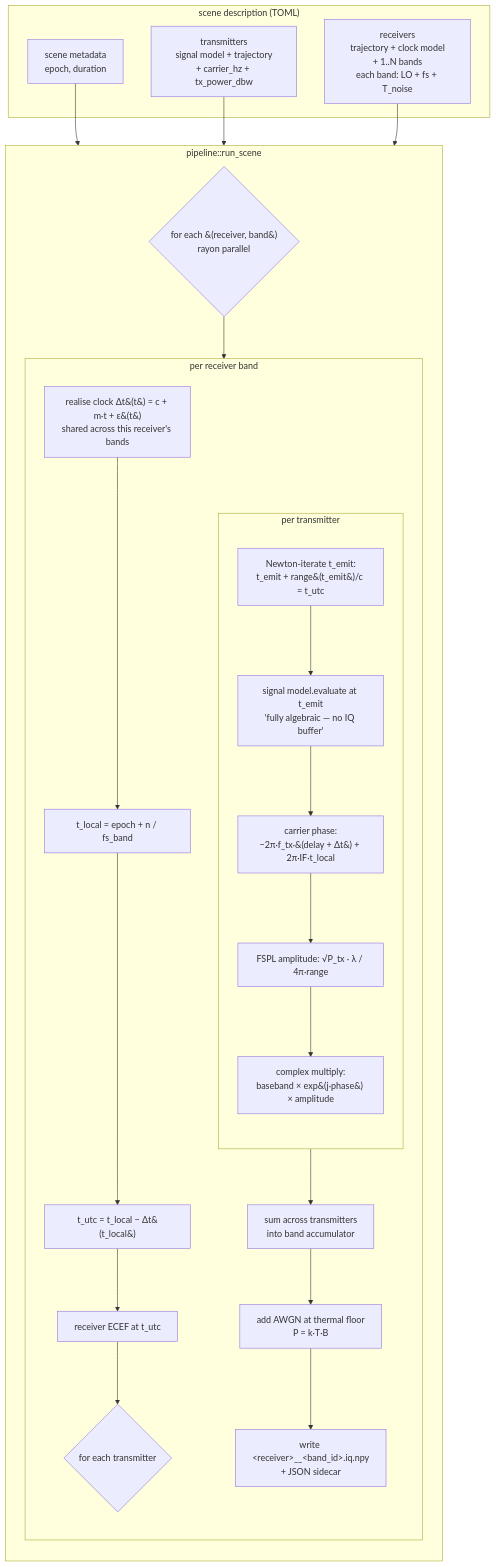
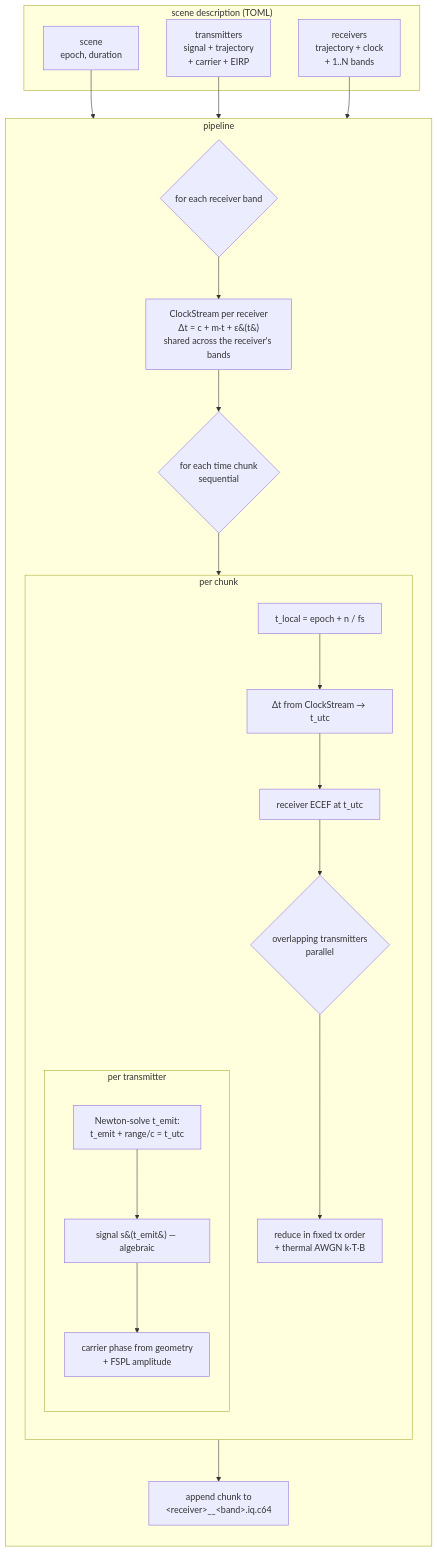
The diagram in README.md (mike7c2/lipika), drawn with Mermaid before and after one commit. The commit also changed other lines of this file and 28 other files, not shown here.

First line of the commit message:
Config-driven scene work: band gating, NAV, streaming, GPS fix; rename to lipika

````diff
--- a/README.md
+++ b/README.md
@@ -17,44 +293,41 @@
 ```mermaid
 flowchart TD
     subgraph CFG ["scene description (TOML)"]
-        SC[scene metadata<br/>epoch, duration]
-        TX[transmitters<br/>signal model + trajectory<br/>+ carrier_hz + tx_power_dbw]
-        RX[receivers<br/>trajectory + clock model<br/>+ 1..N bands<br/>each band: LO + fs + T_noise]
+        SC[scene<br/>epoch, duration]
+        TX[transmitters<br/>signal + trajectory<br/>+ carrier + EIRP]
+        RX[receivers<br/>trajectory + clock<br/>+ 1..N bands]
     end
 
     SC --> RUN
     TX --> RUN
     RX --> RUN
 
-    subgraph RUN [pipeline::run_scene]
+    subgraph RUN [pipeline]
         direction TB
-        FORK{for each &#40;receiver, band&#41;<br/>rayon parallel}
-        FORK --> BAND_LOOP
+        BAND{for each receiver band}
+        BAND --> CLK[ClockStream per receiver<br/>Δt = c + m·t + ε&#40;t&#41;<br/>shared across the receiver's bands]
+        CLK --> CHUNK{for each time chunk<br/>sequential}
 
-        subgraph BAND_LOOP [per receiver band]
+        subgraph CHUNKWORK [per chunk]
             direction TB
-            T0[realise clock Δt&#40;t&#41; = c + m·t + ε&#40;t&#41;<br/>shared across this receiver's bands]
-            T1[t_local = epoch + n / fs_band]
-            T2[t_utc = t_local − Δt&#40;t_local&#41;]
+            T1[t_local = epoch + n / fs]
+            T2[Δt from ClockStream → t_utc]
             T3[receiver ECEF at t_utc]
-            T0 --> T1 --> T2 --> T3
+            T1 --> T2 --> T3
+            T3 --> TXP{overlapping transmitters<br/>parallel}
 
-            TX_LOOP{for each transmitter}
-            T3 --> TX_LOOP
-
-            subgraph TX_LOOP_INNER [per transmitter]
+            subgraph TXONE [per transmitter]
                 direction TB
-                NEWTON[Newton-iterate t_emit:<br/>t_emit + range&#40;t_emit&#41;/c = t_utc]
-                EVAL[signal model.evaluate at t_emit<br/>'fully algebraic — no IQ buffer']
-                CARRIER[carrier phase:<br/>−2π·f_tx·&#40;delay + Δt&#41; + 2π·IF·t_local]
-                FSPL["FSPL amplitude: √P_tx · λ / 4π·range"]
-                MIX[complex multiply:<br/>baseband × exp&#40;j·phase&#41; × amplitude]
-                NEWTON --> EVAL --> CARRIER --> FSPL --> MIX
+                NEWTON[Newton-solve t_emit:<br/>t_emit + range/c = t_utc]
+                EVAL[signal s&#40;t_emit&#41; — algebraic]
+                PH[carrier phase from geometry<br/>+ FSPL amplitude]
+                NEWTON --> EVAL --> PH
             end
 
-            TX_LOOP_INNER --> SUM[sum across transmitters<br/>into band accumulator]
-            SUM --> NOISE[add AWGN at thermal floor<br/>P = k·T·B]
-            NOISE --> WRITE[write &lt;receiver&gt;__&lt;band_id&gt;.iq.npy<br/>+ JSON sidecar]
+            TXP --> RED[reduce in fixed tx order<br/>+ thermal AWGN k·T·B]
         end
+
+        CHUNK --> CHUNKWORK
+        RED --> WRITE[append chunk to<br/>&lt;receiver&gt;__&lt;band&gt;.iq.c64]
     end
 ```
````
